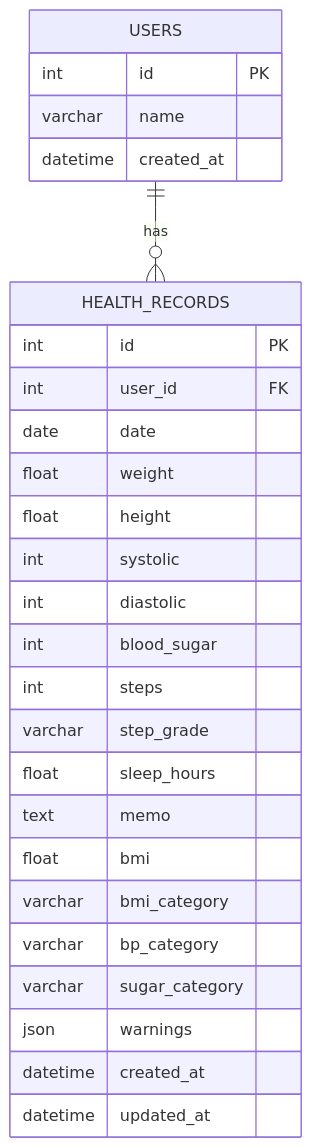
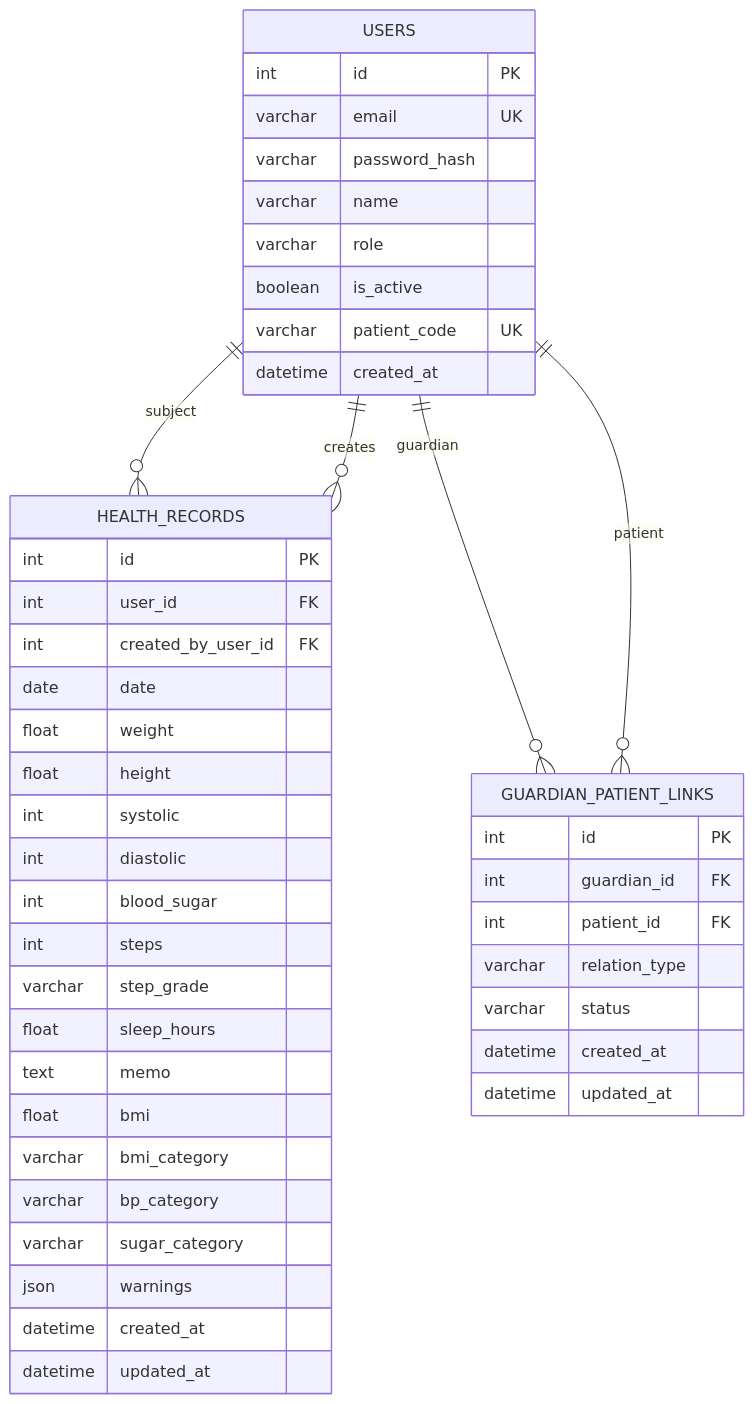
One commit to i-dAb-i/my-health-log-api changed the diagram in docs/erd.md. Above: the diagram before and after it, drawn with Mermaid. The commit also changed other lines of this file and 13 other files, not shown here.

````diff
--- a/docs/erd.md
+++ b/docs/erd.md
@@ -7,32 +3,51 @@
 ```mermaid
 erDiagram
-    USERS ||--o{ HEALTH_RECORDS : has
+    USERS ||--o{ HEALTH_RECORDS : subject
+    USERS ||--o{ HEALTH_RECORDS : creates
+    USERS ||--o{ GUARDIAN_PATIENT_LINKS : guardian
+    USERS ||--o{ GUARDIAN_PATIENT_LINKS : patient
 
     USERS {
         int id PK
+        varchar email UK
+        varchar password_hash
         varchar name
+        varchar role
+        boolean is_active
+        varchar patient_code UK
         datetime created_at
+    }
+
+    GUARDIAN_PATIENT_LINKS {
+        int id PK
+        int guardian_id FK
+        int patient_id FK
+        varchar relation_type
+        varchar status
+        datetime created_at
+        datetime updated_at
     }
 
     HEALTH_RECORDS {
         int id PK
         int user_id FK
+        int created_by_user_id FK
         date date
         float weight
         float height
         int systolic
         int diastolic
         int blood_sugar
         int steps
         varchar step_grade
         float sleep_hours
         text memo
         float bmi
         varchar bmi_category
         varchar bp_category
         varchar sugar_category
         json warnings
         datetime created_at
         datetime updated_at
     }
 ```
````
